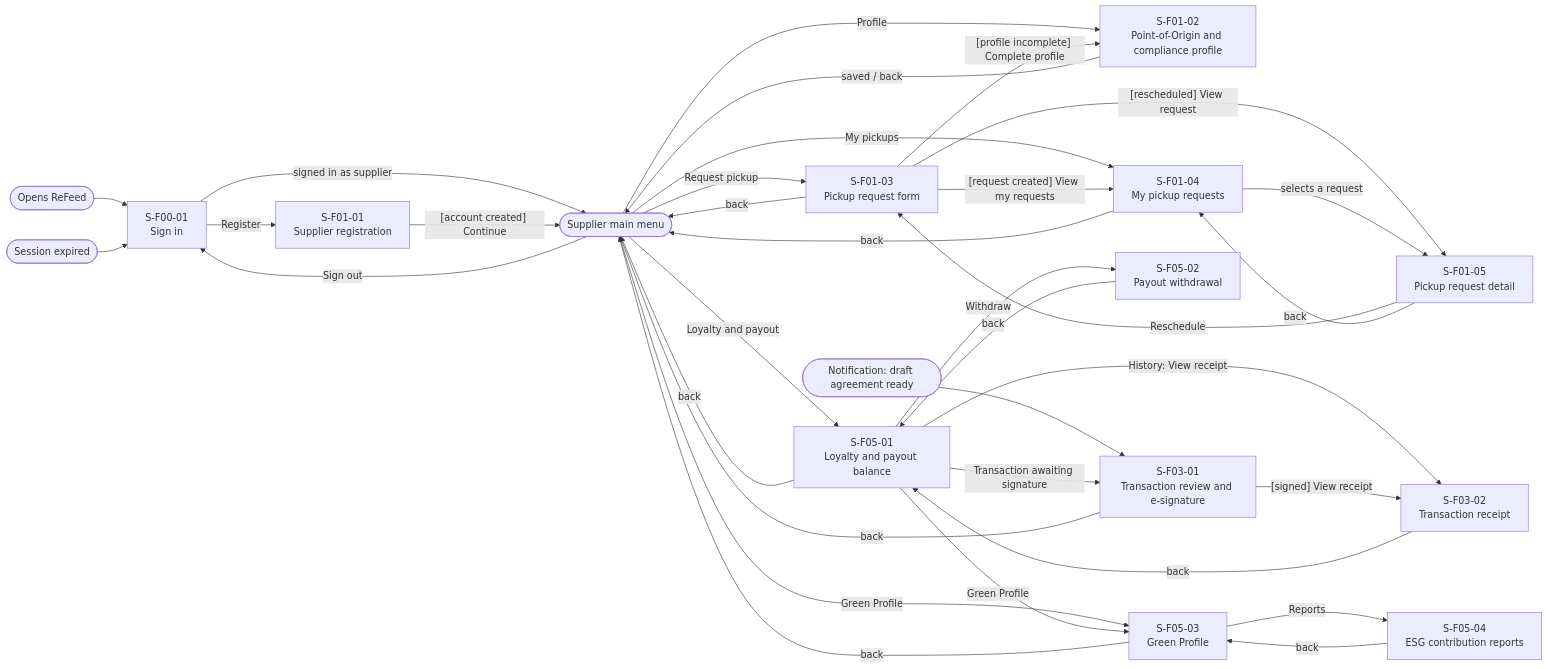
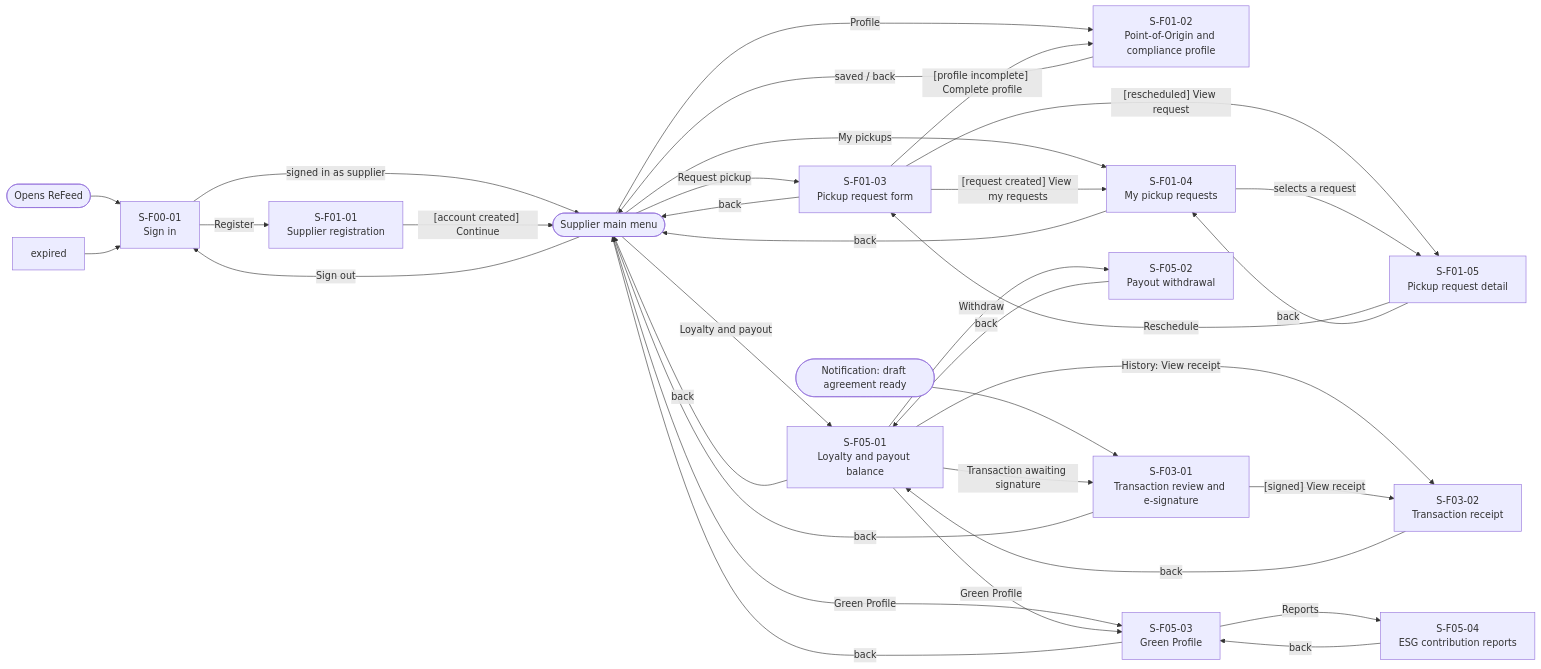
Before and after one commit to thuyvicbh-alt/DBIZ2---GROUP-D: the first of 4 diagrams in docs/external-design/trial.md, drawn with Mermaid.

````diff
--- a/docs/external-design/trial.md
+++ b/docs/external-design/trial.md
@@ -5,52 +5,51 @@
 ```mermaid
 flowchart LR
   entry(["Opens ReFeed"])
-  expired(["Session expired"])
   notif(["Notification: draft agreement ready"])
   menu(["Supplier main menu"])
   S00_01["S-F00-01<br>Sign in"]
   S01_01["S-F01-01<br>Supplier registration"]
   S01_02["S-F01-02<br>Point-of-Origin and compliance profile"]
   S01_03["S-F01-03<br>Pickup request form"]
   S01_04["S-F01-04<br>My pickup requests"]
   S01_05["S-F01-05<br>Pickup request detail"]
   S03_01["S-F03-01<br>Transaction review and e-signature"]
   S03_02["S-F03-02<br>Transaction receipt"]
   S05_01["S-F05-01<br>Loyalty and payout balance"]
   S05_02["S-F05-02<br>Payout withdrawal"]
   S05_03["S-F05-03<br>Green Profile"]
   S05_04["S-F05-04<br>ESG contribution reports"]
   entry --> S00_01
   expired --> S00_01
   notif --> S03_01
   S00_01 -->|"Register"| S01_01
   S00_01 -->|"signed in as supplier"| menu
   S01_01 -->|"[account created] Continue"| menu
   menu -->|"Profile"| S01_02
   menu -->|"Request pickup"| S01_03
   menu -->|"My pickups"| S01_04
   menu -->|"Loyalty and payout"| S05_01
   menu -->|"Green Profile"| S05_03
   menu -->|"Sign out"| S00_01
   S01_02 -->|"saved / back"| menu
   S01_03 -->|"[profile incomplete] Complete profile"| S01_02
   S01_03 -->|"[request created] View my requests"| S01_04
   S01_03 -->|"[rescheduled] View request"| S01_05
   S01_03 -->|"back"| menu
   S01_04 -->|"selects a request"| S01_05
   S01_04 -->|"back"| menu
   S01_05 -->|"Reschedule"| S01_03
   S01_05 -->|"back"| S01_04
   S05_01 -->|"Transaction awaiting signature"| S03_01
   S05_01 -->|"History: View receipt"| S03_02
   S05_01 -->|"Withdraw"| S05_02
   S05_01 -->|"Green Profile"| S05_03
   S05_01 -->|"back"| menu
   S03_01 -->|"[signed] View receipt"| S03_02
   S03_01 -->|"back"| menu
   S03_02 -->|"back"| S05_01
   S05_02 -->|"back"| S05_01
   S05_03 -->|"Reports"| S05_04
   S05_03 -->|"back"| menu
   S05_04 -->|"back"| S05_03
 ```
````
